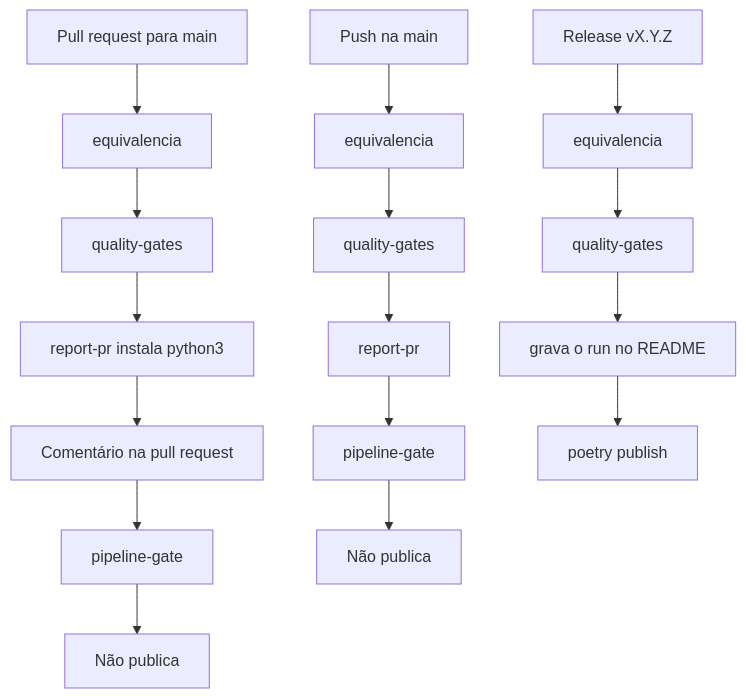
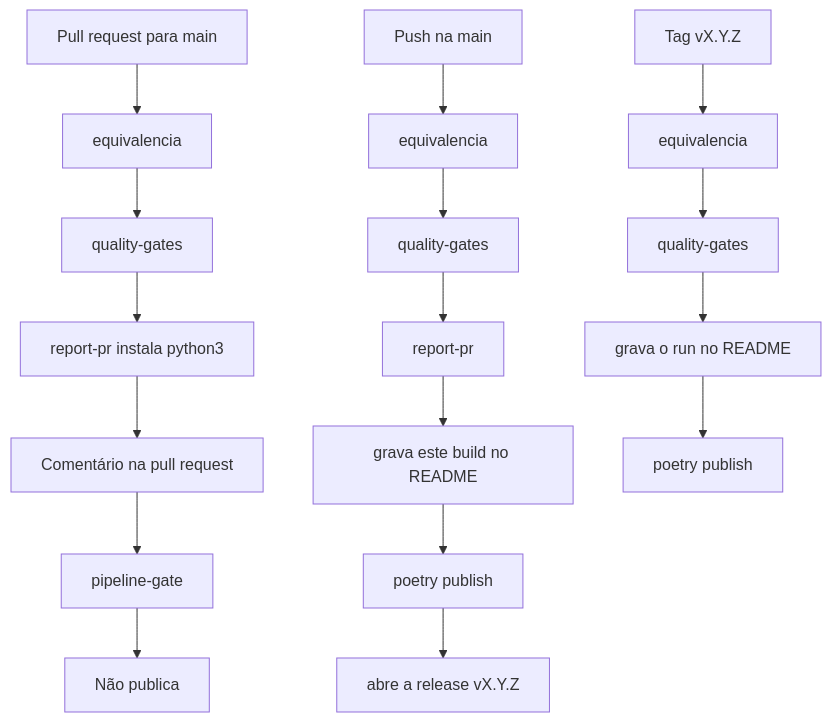
The first of 3 diagrams in docs/publicacao-flow.md (garusocruz/calculadora-rtc-simples-nacional), drawn with Mermaid before and after one commit. The commit also changed other lines of this file and 8 other files, not shown here.

First line of the commit message:
fix: abre a release no build da main

````diff
--- a/docs/publicacao-flow.md
+++ b/docs/publicacao-flow.md
@@ -7,18 +7,19 @@
 ```mermaid
 flowchart TD
   pr[Pull request para main] --> equiv[equivalencia]
   equiv --> qg[quality-gates]
   qg --> py[report-pr instala python3]
   py --> comentario[Comentário na pull request]
   comentario --> gate[pipeline-gate]
   gate --> fimPr[Não publica]
   main[Push na main] --> equivMain[equivalencia]
   equivMain --> qgMain[quality-gates]
   qgMain --> comentarioMain[report-pr]
-  comentarioMain --> gateMain[pipeline-gate]
-  gateMain --> fimMain[Não publica]
-  rel[Release vX.Y.Z] --> equivRel[equivalencia]
+  comentarioMain --> readmeMain[grava este build no README]
+  readmeMain --> pypiMain[poetry publish]
+  pypiMain --> abre[abre a release vX.Y.Z]
+  rel[Tag vX.Y.Z] --> equivRel[equivalencia]
   equivRel --> qgRel[quality-gates]
   qgRel --> readme[grava o run no README]
   readme --> pypi[poetry publish]
 ```
````
